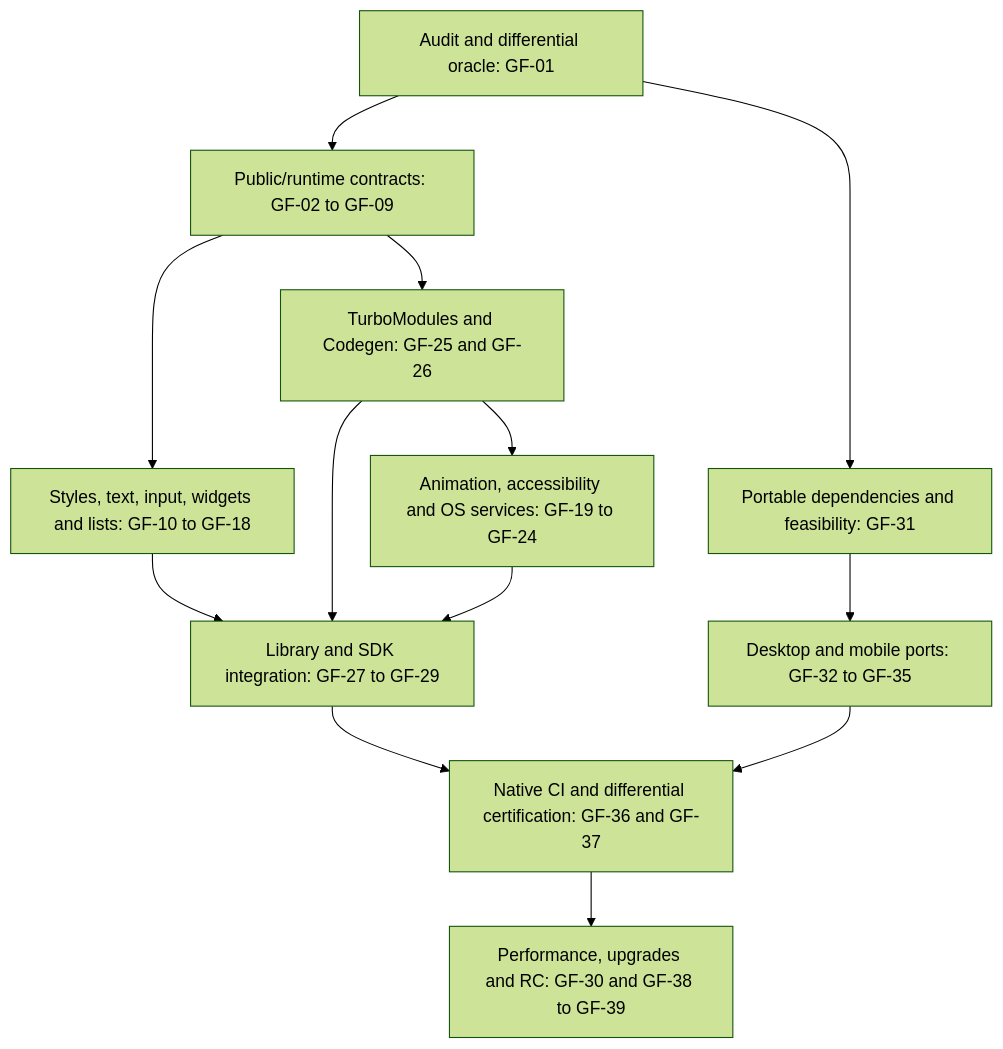
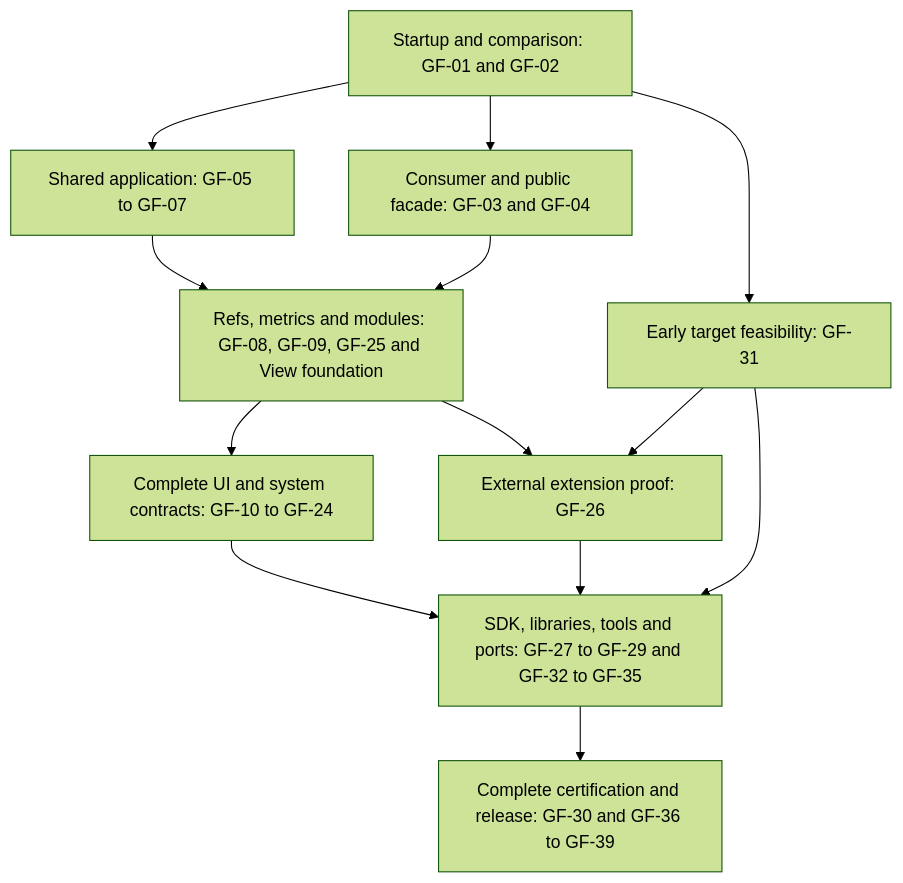
Before and after one commit to journey-studios/godot-fabric: the diagram in ROADMAP.md, drawn with Mermaid (forest theme). The commit also changed other lines of this file and 2 other files, not shown here.

First line of the commit message:
docs(roadmap): Map Architecture 2.0 dependencies and delivery order

````diff
--- a/ROADMAP.md
+++ b/ROADMAP.md
@@ -94,15 +115,15 @@
 ```mermaid
 flowchart TD
-  Baseline[Audit and differential oracle: GF-01] --> Contracts[Public/runtime contracts: GF-02 to GF-09]
-  Baseline --> Portable[Portable dependencies and feasibility: GF-31]
-  Contracts --> Host[Styles, text, input, widgets and lists: GF-10 to GF-18]
-  Contracts --> Modules[TurboModules and Codegen: GF-25 and GF-26]
-  Modules --> Services[Animation, accessibility and OS services: GF-19 to GF-24]
-  Host --> SDK[Library and SDK integration: GF-27 to GF-29]
-  Modules --> SDK
-  Services --> SDK
-  Portable --> Ports[Desktop and mobile ports: GF-32 to GF-35]
-  SDK --> Evidence[Native CI and differential certification: GF-36 and GF-37]
-  Ports --> Evidence
-  Evidence --> Release[Performance, upgrades and RC: GF-30 and GF-38 to GF-39]
+  Baseline[Startup and comparison: GF-01 and GF-02] --> Application[Shared application: GF-05 to GF-07]
+  Baseline --> Consumer[Consumer and public facade: GF-03 and GF-04]
+  Baseline --> Portable[Early target feasibility: GF-31]
+  Application --> Foundation[Refs, metrics and modules: GF-08, GF-09, GF-25 and View foundation]
+  Consumer --> Foundation
+  Foundation --> UI[Complete UI and system contracts: GF-10 to GF-24]
+  Foundation --> Extensions[External extension proof: GF-26]
+  Portable --> Extensions
+  UI --> SDK[SDK, libraries, tools and ports: GF-27 to GF-29 and GF-32 to GF-35]
+  Extensions --> SDK
+  Portable --> SDK
+  SDK --> Release[Complete certification and release: GF-30 and GF-36 to GF-39]
 ```
````
